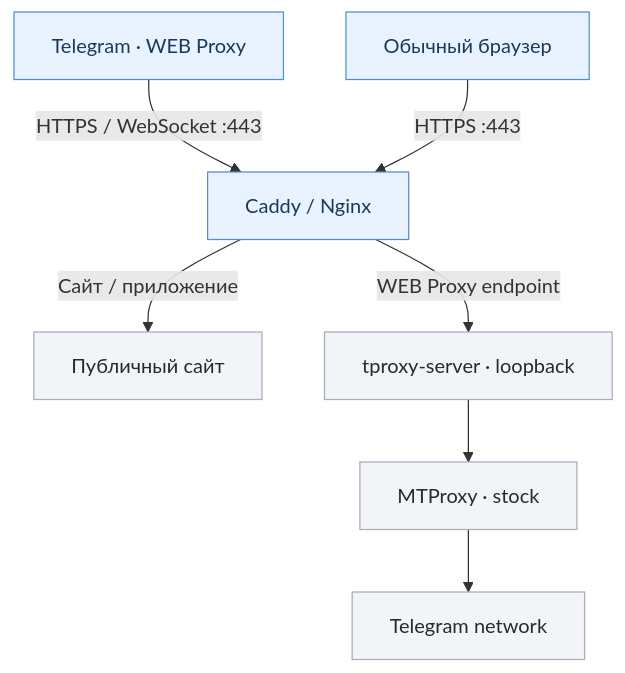
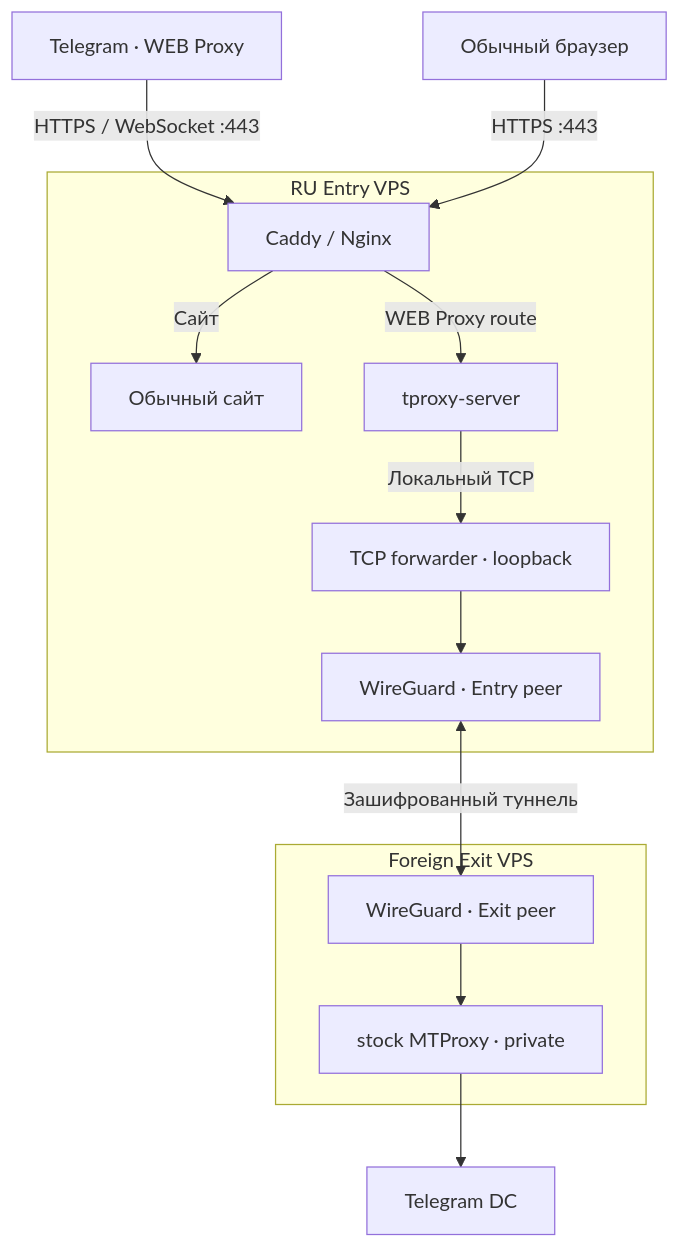
The diagram in README.md (Lazarev33/twebproxy-manager), drawn with Mermaid before and after one commit. The commit also changed other lines of this file, not shown here.

````diff
--- a/README.md
+++ b/README.md
@@ -53,14 +19,23 @@
 ```mermaid
 flowchart TB
-    A["Telegram · WEB Proxy"] -->|"HTTPS / WebSocket :443"| B["Caddy / Nginx"]
-    U["Обычный браузер"] -->|"HTTPS :443"| B
-    B -->|"Сайт / приложение"| W["Публичный сайт"]
-    B -->|"WEB Proxy endpoint"| R["tproxy-server · loopback"]
-    R --> M["MTProxy · stock"]
-    M --> T["Telegram network"]
-
-    classDef public fill:#e9f3ff,stroke:#528ed1,color:#19395c;
-    classDef internal fill:#f2f4f7,stroke:#a5aeba,color:#252a32;
-    class A,U,B public;
-    class W,R,M,T internal;
+    TG["Telegram · WEB Proxy"] -->|"HTTPS / WebSocket :443"| CADDY
+    BROWSER["Обычный браузер"] -->|"HTTPS :443"| CADDY
+    subgraph RU["RU Entry VPS"]
+        CADDY["Caddy / Nginx"]
+        SITE["Обычный сайт"]
+        RELAY["tproxy-server"]
+        FWD["TCP forwarder · loopback"]
+        WGR["WireGuard · Entry peer"]
+        CADDY -->|"Сайт"| SITE
+        CADDY -->|"WEB Proxy route"| RELAY
+        RELAY -->|"Локальный TCP"| FWD
+        FWD --> WGR
+    end
+    subgraph EXIT["Foreign Exit VPS"]
+        WGE["WireGuard · Exit peer"]
+        MT["stock MTProxy · private"]
+        WGE --> MT
+    end
+    WGR <-->|"Зашифрованный туннель"| WGE
+    MT --> DC["Telegram DC"]
 ```
````
